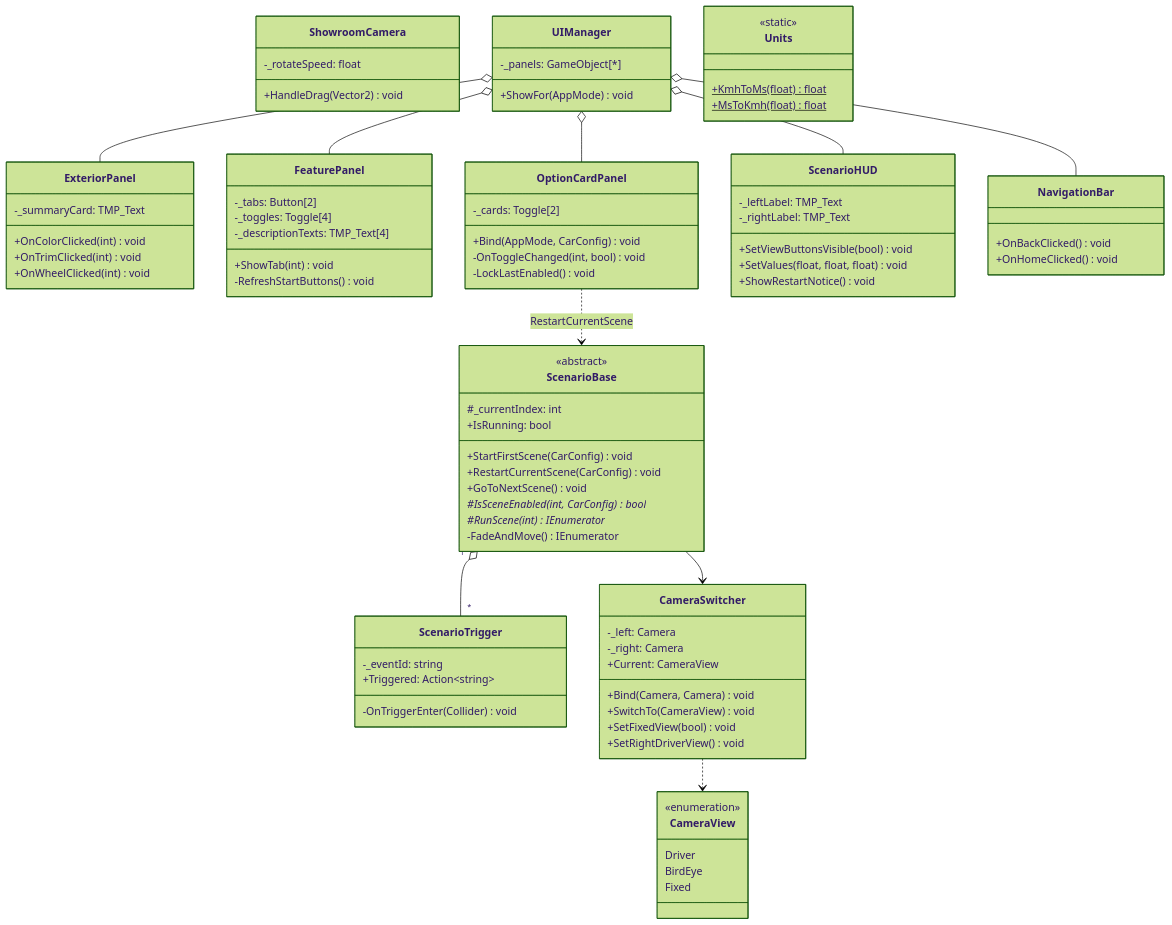
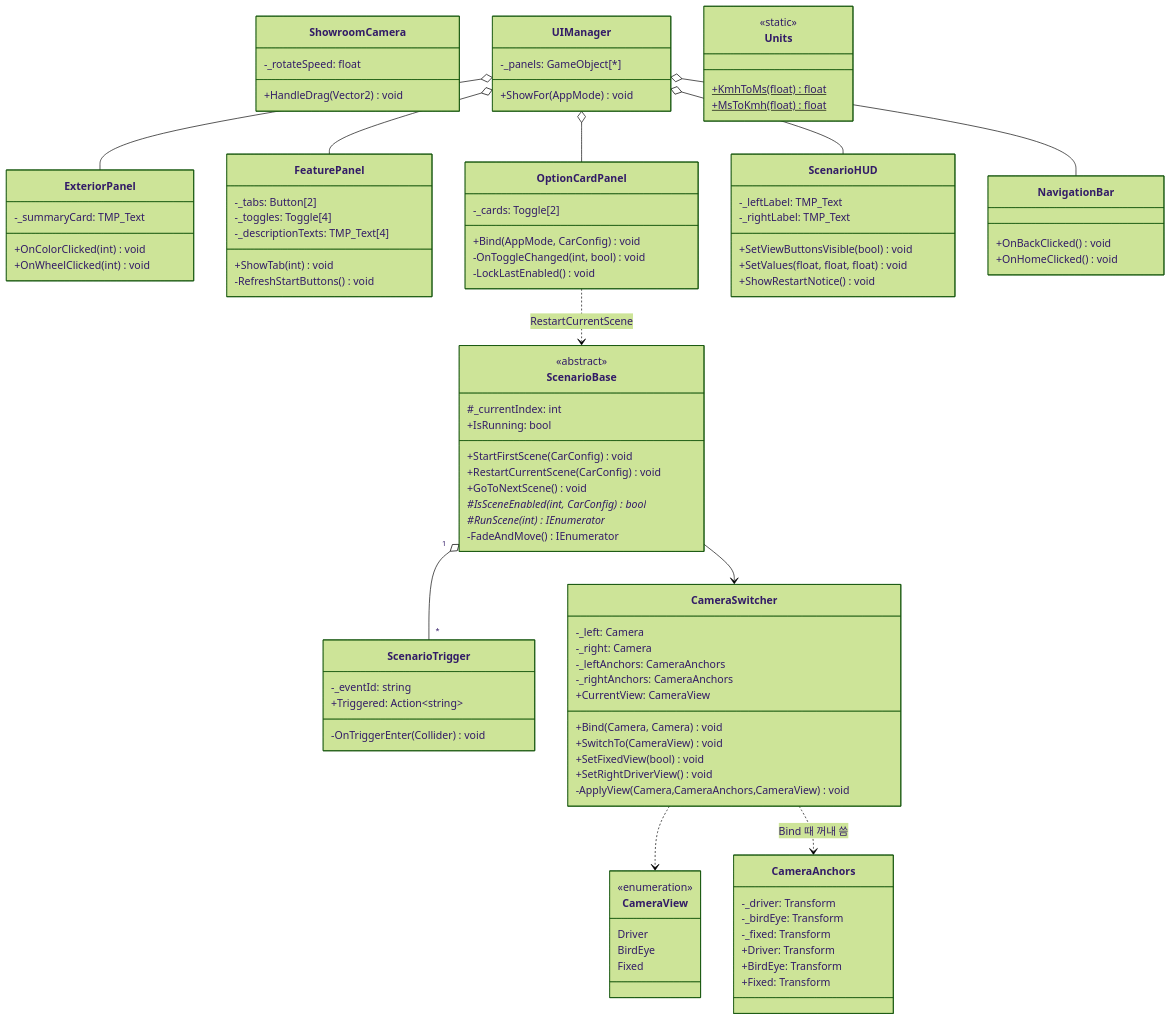
One commit to cuhote/YEYU_CarConfigurator_UnityProject changed the second of 4 diagrams in docs/CLASS_DESIGN.md. Above: the diagram before and after it, drawn with Mermaid (forest theme). The commit also changed other lines of this file and 2 other files, not shown here.

```diff
--- a/docs/CLASS_DESIGN.md
+++ b/docs/CLASS_DESIGN.md
@@ -187,11 +203,22 @@
   class CameraSwitcher {
     -_left: Camera
     -_right: Camera
-    +Current: CameraView
+    -_leftAnchors: CameraAnchors
+    -_rightAnchors: CameraAnchors
+    +CurrentView: CameraView
     +Bind(Camera, Camera) void
     +SwitchTo(CameraView) void
     +SetFixedView(bool) void
     +SetRightDriverView() void
+    -ApplyView(Camera,CameraAnchors,CameraView) void
+  }
+  class CameraAnchors {
+    -_driver: Transform
+    -_birdEye: Transform
+    -_fixed: Transform
+    +Driver: Transform
+    +BirdEye: Transform
+    +Fixed: Transform
   }
   class CameraView {
     <<enumeration>>
@@ -210,7 +237,6 @@
   class ExteriorPanel {
     -_summaryCard: TMP_Text
     +OnColorClicked(int) void
-    +OnTrimClicked(int) void
     +OnWheelClicked(int) void
   }
   class FeaturePanel {
@@ -245,6 +271,7 @@
   ScenarioBase "1" o-- "*" ScenarioTrigger
   ScenarioBase --> CameraSwitcher
   CameraSwitcher ..> CameraView
+  CameraSwitcher ..> CameraAnchors : Bind 때 꺼내 씀
   OptionCardPanel ..> ScenarioBase : RestartCurrentScene
   UIManager o-- ExteriorPanel
   UIManager o-- FeaturePanel
```
